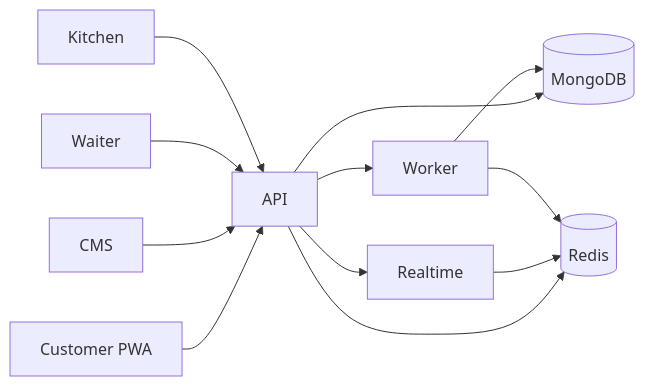
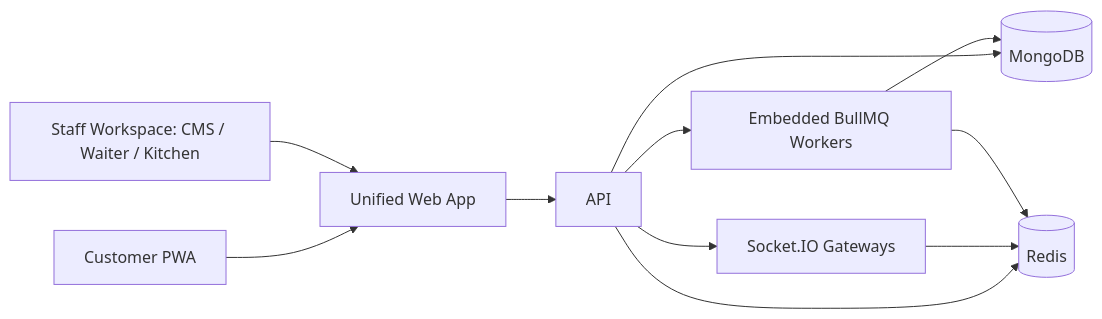
One commit to abhishekmishra0409/Servora changed the diagram in docs/architecture.md. Above: the diagram before and after it, drawn with Mermaid. The commit also changed other lines of this file and 94 other files, not shown here.

````diff
--- a/docs/architecture.md
+++ b/docs/architecture.md
@@ -3,14 +3,13 @@
 ```mermaid
 flowchart LR
-  CustomerPWA[Customer PWA] --> API
-  CMS[CMS] --> API
-  Waiter --> API
-  Kitchen --> API
+  CustomerPWA[Customer PWA] --> Web[Unified Web App]
+  Staff[Staff Workspace: CMS / Waiter / Kitchen] --> Web
+  Web --> API
   API --> Mongo[(MongoDB)]
   API --> Redis[(Redis)]
-  API --> Realtime
-  API --> Worker
-  Realtime --> Redis
-  Worker --> Redis
-  Worker --> Mongo
+  API --> SocketIO[Socket.IO Gateways]
+  API --> Workers[Embedded BullMQ Workers]
+  SocketIO --> Redis
+  Workers --> Redis
+  Workers --> Mongo
 ```
````
